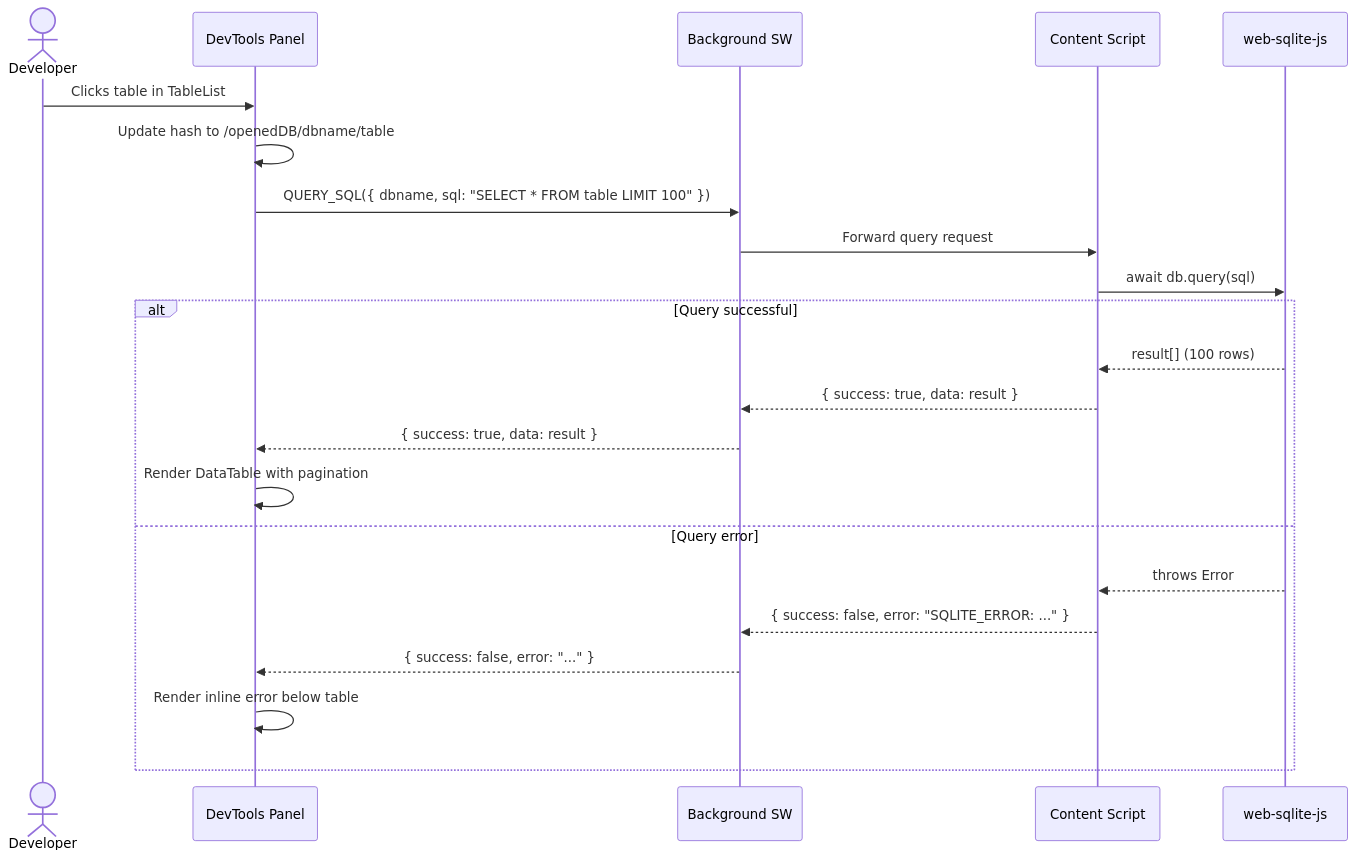
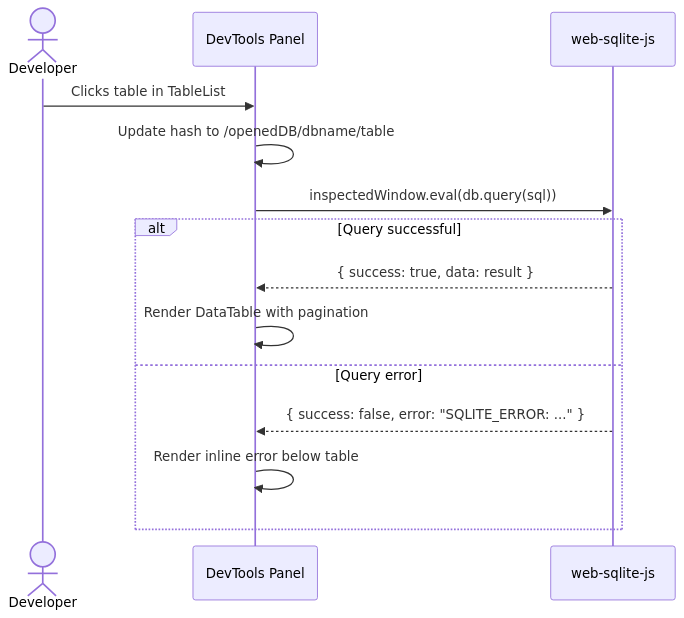
Before and after one commit to wuchuheng/web-sqlite-js-devtools: the second of 13 diagrams in agent-docs/03-architecture/02-dataflow.md, drawn with Mermaid. The commit also changed other lines of this file and 33 other files, not shown here.

First line of the commit message:
feat: refactor to inspectedWindow eval and complete TASK-05

````diff
--- a/agent-docs/03-architecture/02-dataflow.md
+++ b/agent-docs/03-architecture/02-dataflow.md
@@ -54,25 +50,17 @@
 ```mermaid
 sequenceDiagram
     actor Dev as Developer
     participant Panel as DevTools Panel
-    participant BG as Background SW
-    participant CS as Content Script
     participant DB as web-sqlite-js
 
     Dev->>Panel: Clicks table in TableList
     Panel->>Panel: Update hash to /openedDB/dbname/table
-    Panel->>BG: QUERY_SQL({ dbname, sql: "SELECT * FROM table LIMIT 100" })
-    BG->>CS: Forward query request
-    CS->>DB: await db.query(sql)
+    Panel->>DB: inspectedWindow.eval(db.query(sql))
     alt Query successful
-        DB-->>CS: result[] (100 rows)
-        CS-->>BG: { success: true, data: result }
-        BG-->>Panel: { success: true, data: result }
+        DB-->>Panel: { success: true, data: result }
         Panel->>Panel: Render DataTable with pagination
     else Query error
-        DB-->>CS: throws Error
-        CS-->>BG: { success: false, error: "SQLITE_ERROR: ..." }
-        BG-->>Panel: { success: false, error: "..." }
+        DB-->>Panel: { success: false, error: "SQLITE_ERROR: ..." }
         Panel->>Panel: Render inline error below table
     end
 ```
````
